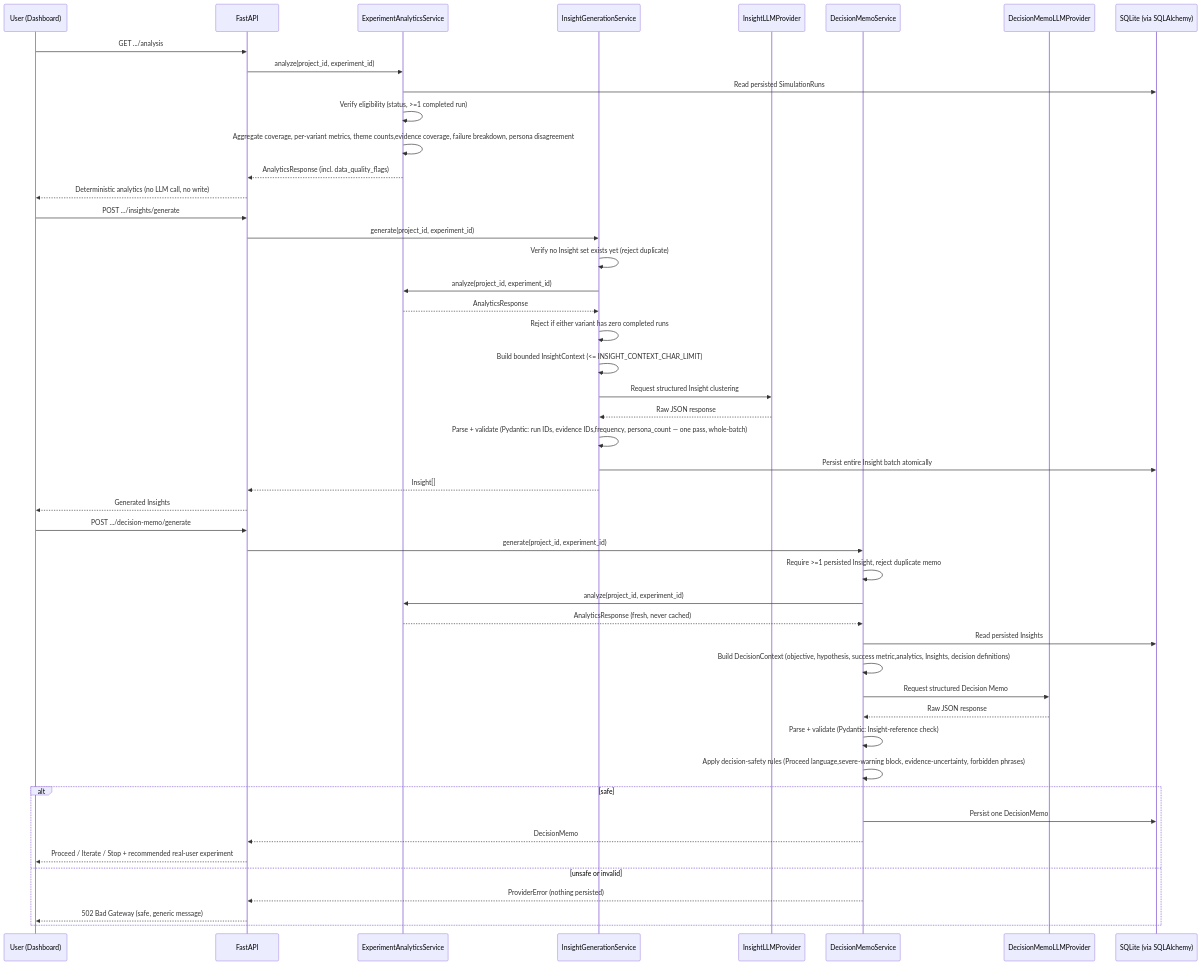
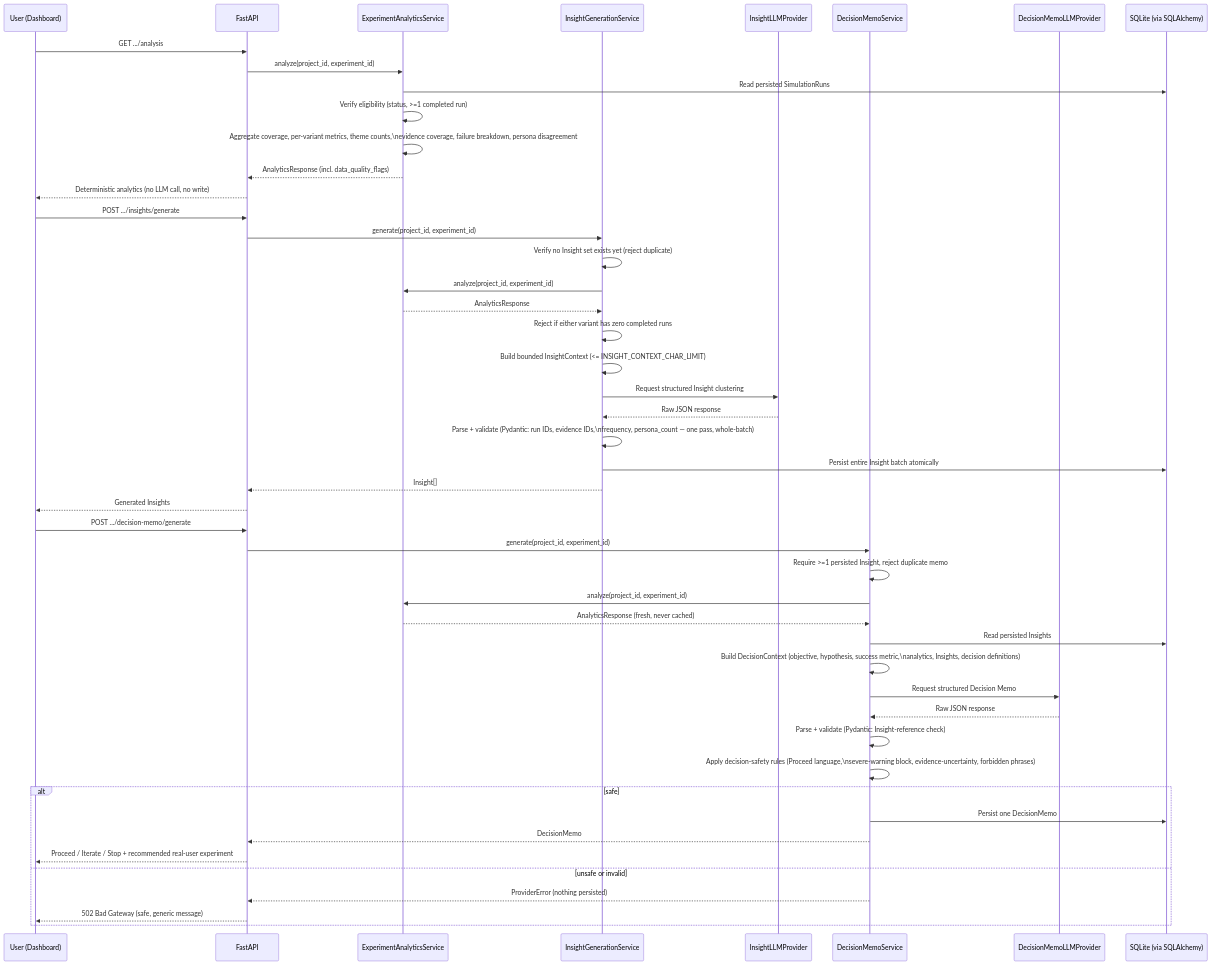
One commit to abhi-iitg/productlab-ai-product-experimentation changed the third of 3 diagrams in docs/architecture.md. Above: the diagram before and after it, drawn with Mermaid.

````diff
--- a/docs/architecture.md
+++ b/docs/architecture.md
@@ -623,53 +623,53 @@
 ```mermaid
 sequenceDiagram
     participant U as User (Dashboard)
     participant F as FastAPI
     participant An as ExperimentAnalyticsService
     participant IG as InsightGenerationService
     participant IL as InsightLLMProvider
     participant DM as DecisionMemoService
     participant DL as DecisionMemoLLMProvider
     participant DB as SQLite (via SQLAlchemy)
 
     U->>F: GET .../analysis
     F->>An: analyze(project_id, experiment_id)
     An->>DB: Read persisted SimulationRuns
     An->>An: Verify eligibility (status, >=1 completed run)
-    An->>An: Aggregate coverage, per-variant metrics, theme counts,evidence coverage, failure breakdown, persona disagreement
+    An->>An: Aggregate coverage, per-variant metrics, theme counts,\nevidence coverage, failure breakdown, persona disagreement
     An-->>F: AnalyticsResponse (incl. data_quality_flags)
     F-->>U: Deterministic analytics (no LLM call, no write)
 
     U->>F: POST .../insights/generate
     F->>IG: generate(project_id, experiment_id)
     IG->>IG: Verify no Insight set exists yet (reject duplicate)
     IG->>An: analyze(project_id, experiment_id)
     An-->>IG: AnalyticsResponse
     IG->>IG: Reject if either variant has zero completed runs
     IG->>IG: Build bounded InsightContext (<= INSIGHT_CONTEXT_CHAR_LIMIT)
     IG->>IL: Request structured Insight clustering
     IL-->>IG: Raw JSON response
-    IG->>IG: Parse + validate (Pydantic: run IDs, evidence IDs,frequency, persona_count — one pass, whole-batch)
+    IG->>IG: Parse + validate (Pydantic: run IDs, evidence IDs,\nfrequency, persona_count — one pass, whole-batch)
     IG->>DB: Persist entire Insight batch atomically
     IG-->>F: Insight[]
     F-->>U: Generated Insights
 
     U->>F: POST .../decision-memo/generate
     F->>DM: generate(project_id, experiment_id)
     DM->>DM: Require >=1 persisted Insight, reject duplicate memo
     DM->>An: analyze(project_id, experiment_id)
     An-->>DM: AnalyticsResponse (fresh, never cached)
     DM->>DB: Read persisted Insights
-    DM->>DM: Build DecisionContext (objective, hypothesis, success metric,analytics, Insights, decision definitions)
+    DM->>DM: Build DecisionContext (objective, hypothesis, success metric,\nanalytics, Insights, decision definitions)
     DM->>DL: Request structured Decision Memo
     DL-->>DM: Raw JSON response
     DM->>DM: Parse + validate (Pydantic: Insight-reference check)
-    DM->>DM: Apply decision-safety rules (Proceed language,severe-warning block, evidence-uncertainty, forbidden phrases)
+    DM->>DM: Apply decision-safety rules (Proceed language,\nsevere-warning block, evidence-uncertainty, forbidden phrases)
     alt safe
         DM->>DB: Persist one DecisionMemo
         DM-->>F: DecisionMemo
         F-->>U: Proceed / Iterate / Stop + recommended real-user experiment
     else unsafe or invalid
         DM-->>F: ProviderError (nothing persisted)
         F-->>U: 502 Bad Gateway (safe, generic message)
     end
 ```
````
